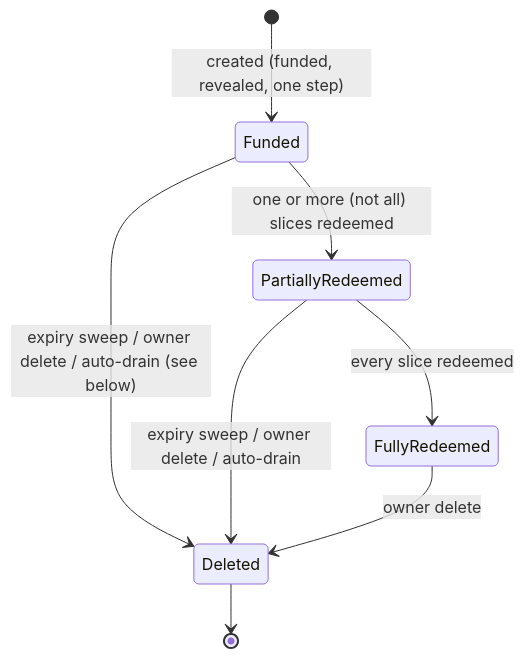
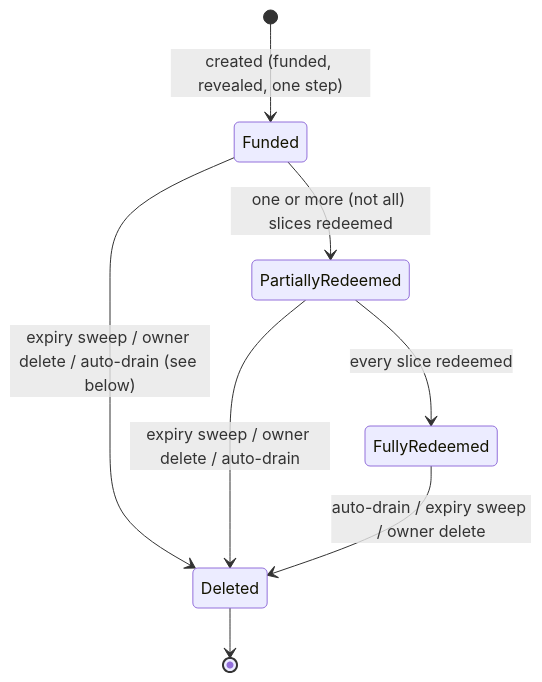
The seventh of 8 diagrams in NIP-CASH.md (ohstr/nips), drawn with Mermaid before and after one commit. The commit also changed other lines of this file, not shown here.

Commit message:
docs(nip-cash): draw the uniform auto-delete policy and fit consolidate retention to lookups

````diff
--- a/NIP-CASH.md
+++ b/NIP-CASH.md
@@ -2811,10 +2811,10 @@
 ```mermaid
 stateDiagram-v2
     [*] --> Funded: created (funded, revealed, one step)
     Funded --> PartiallyRedeemed: one or more (not all) slices redeemed
     PartiallyRedeemed --> FullyRedeemed: every slice redeemed
     Funded --> Deleted: expiry sweep / owner delete / auto-drain (see below)
     PartiallyRedeemed --> Deleted: expiry sweep / owner delete / auto-drain
-    FullyRedeemed --> Deleted: owner delete
+    FullyRedeemed --> Deleted: auto-drain / expiry sweep / owner delete
     Deleted --> [*]
 ```
````
